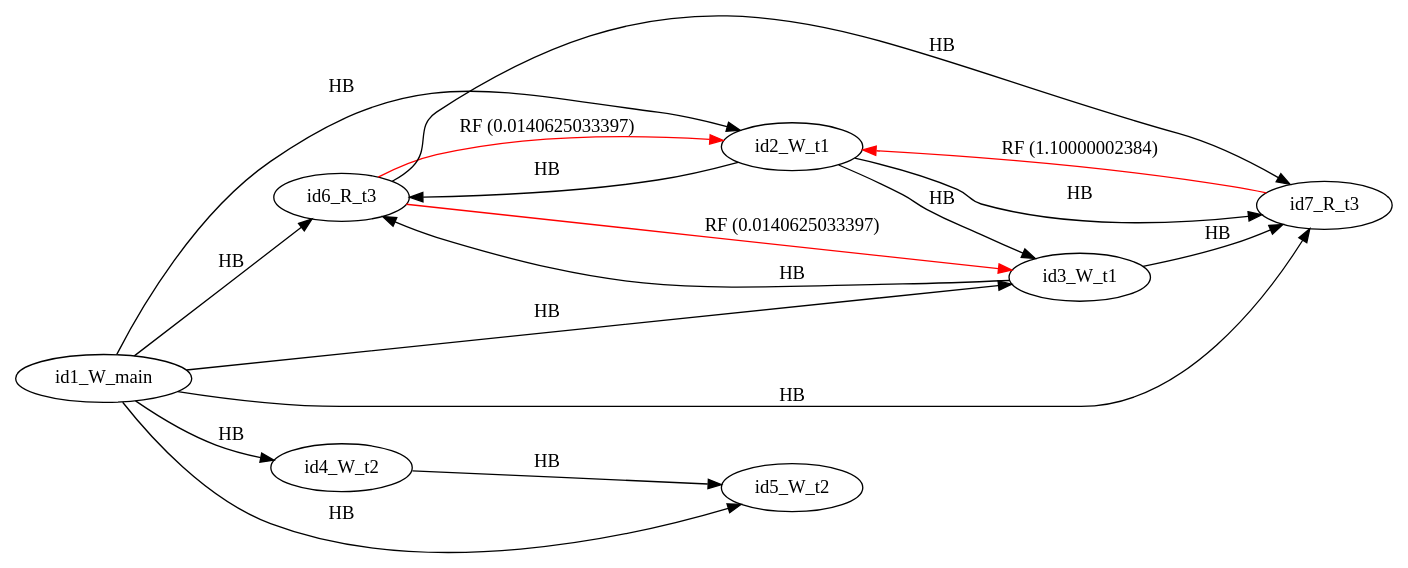
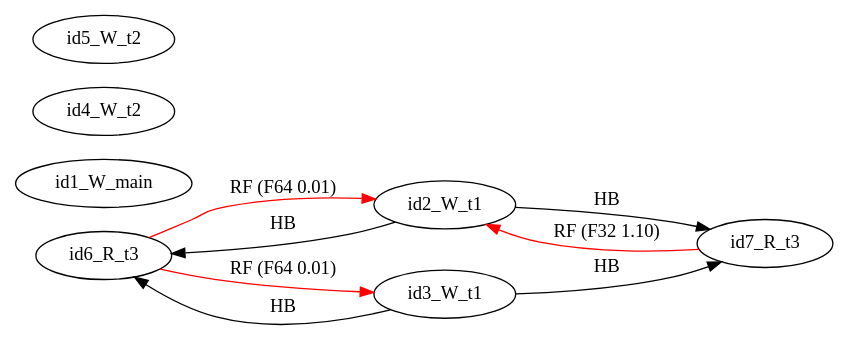
Before and after one commit to FMJS/EMME: the diagram in examples/single_var/sv_simple12/mm5.dot, drawn with Graphviz. The commit also changed 241 other files, not shown here.

```diff
--- a/examples/single_var/sv_simple12/mm5.dot
+++ b/examples/single_var/sv_simple12/mm5.dot
@@ -1,27 +1,18 @@
 digraph memory_model {
 rankdir=LR;
 splines=true; esep=0.5;
-id6_R_t3 -> id2_W_t1 [label = "RF (0.0140625033397)", color="red"];
-id6_R_t3 -> id3_W_t1 [label = "RF (0.0140625033397)", color="red"];
-id7_R_t3 -> id2_W_t1 [label = "RF (1.10000002384)", color="red"];
-id2_W_t1 -> id3_W_t1 [label = "HB", color="black"];
-id4_W_t2 -> id5_W_t2 [label = "HB", color="black"];
-id6_R_t3 -> id7_R_t3 [label = "HB", color="black"];
-id1_W_main -> id2_W_t1 [label = "HB", color="black"];
-id1_W_main -> id3_W_t1 [label = "HB", color="black"];
-id1_W_main -> id4_W_t2 [label = "HB", color="black"];
-id1_W_main -> id5_W_t2 [label = "HB", color="black"];
-id1_W_main -> id6_R_t3 [label = "HB", color="black"];
-id1_W_main -> id7_R_t3 [label = "HB", color="black"];
+id6_R_t3 -> id2_W_t1 [label = "RF (F64 0.01)", color="red"];
+id6_R_t3 -> id3_W_t1 [label = "RF (F64 0.01)", color="red"];
+id7_R_t3 -> id2_W_t1 [label = "RF (F32 1.10)", color="red"];
 id2_W_t1 -> id6_R_t3 [label = "HB", color="black"];
 id2_W_t1 -> id7_R_t3 [label = "HB", color="black"];
 id3_W_t1 -> id6_R_t3 [label = "HB", color="black"];
 id3_W_t1 -> id7_R_t3 [label = "HB", color="black"];
 id1_W_main [pos="5.0,4!"]
 id2_W_t1 [pos="0,2!"]
 id3_W_t1 [pos="0,0!"]
 id4_W_t2 [pos="5,2!"]
 id5_W_t2 [pos="5,0!"]
 id6_R_t3 [pos="10,2!"]
 id7_R_t3 [pos="10,0!"]
 }
```
